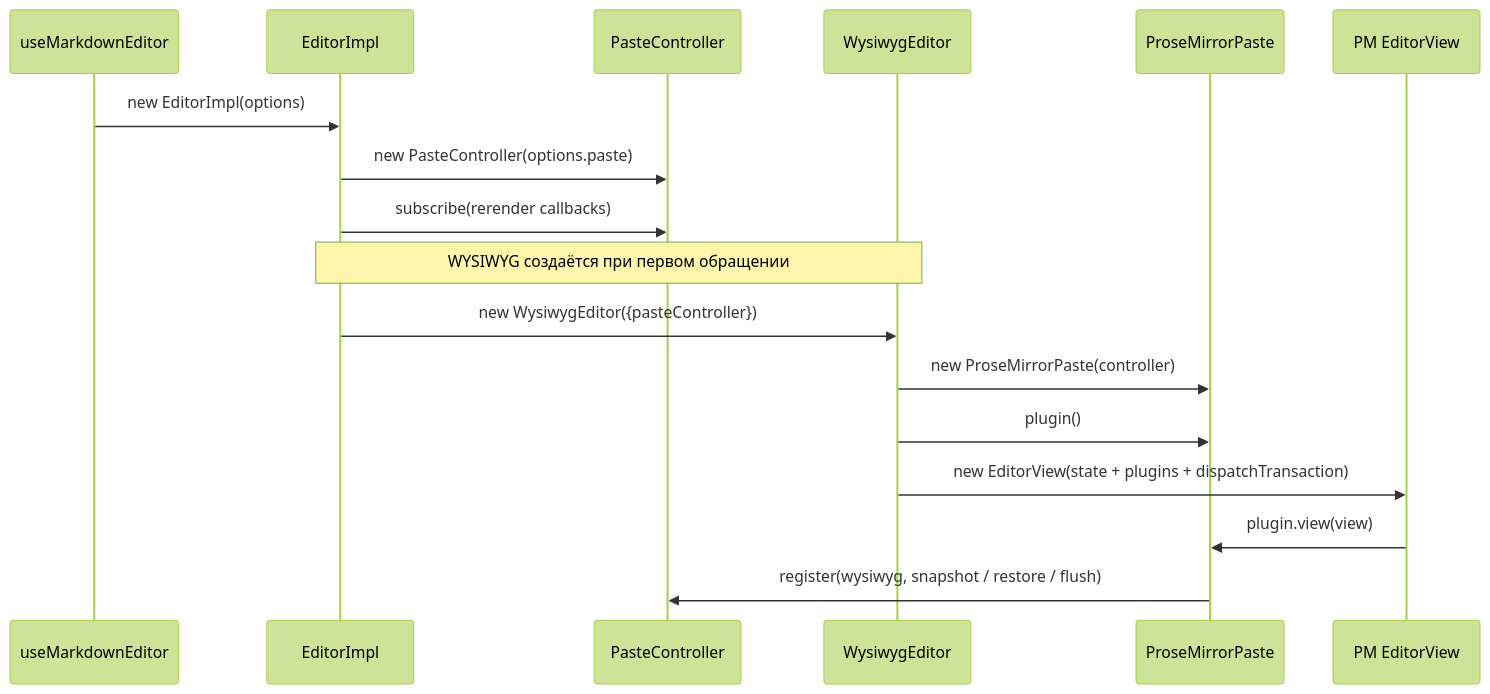
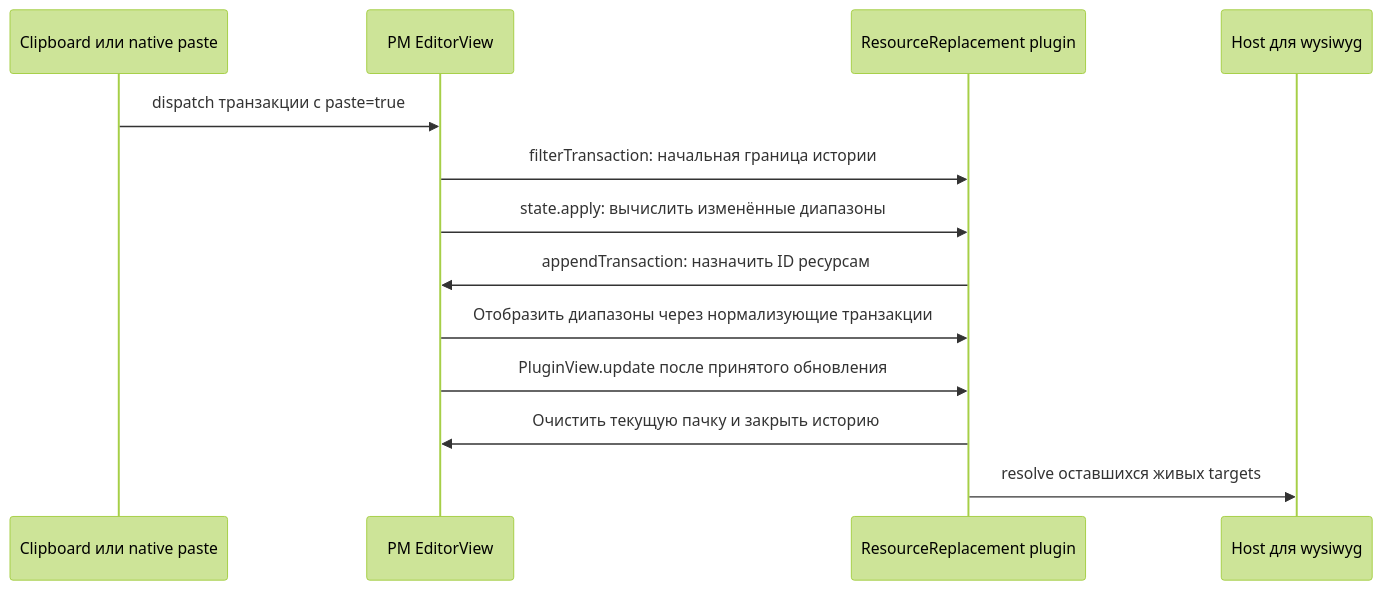
Before and after one commit to gravity-ui/markdown-editor: the second of 6 diagrams in docs/pasted-resources-architecture.md, drawn with Mermaid (forest theme). The commit also changed other lines of this file and 63 other files, not shown here.

Commit message:
refactor: extract configurable resource replacement extensions

````diff
--- a/docs/pasted-resources-architecture.md
+++ b/docs/pasted-resources-architecture.md
@@ -125,19 +469,15 @@
 ```mermaid
 sequenceDiagram
-    participant H as useMarkdownEditor
-    participant B as EditorImpl
-    participant C as PasteController
-    participant W as WysiwygEditor
-    participant P as ProseMirrorPaste
+    participant H as Clipboard или native paste
     participant V as PM EditorView
-    H->>B: new EditorImpl(options)
-    B->>C: new PasteController(options.paste)
-    B->>C: subscribe(rerender callbacks)
-    Note over B,W: WYSIWYG создаётся при первом обращении
-    B->>W: new WysiwygEditor({pasteController})
-    W->>P: new ProseMirrorPaste(controller)
-    W->>P: plugin()
-    W->>V: new EditorView(state + plugins + dispatchTransaction)
-    V->>P: plugin.view(view)
-    P->>C: register(wysiwyg, snapshot / restore / flush)
+    participant P as ResourceReplacement plugin
+    participant Host as Host для wysiwyg
+    H->>V: dispatch транзакции с paste=true
+    V->>P: filterTransaction: начальная граница истории
+    V->>P: state.apply: вычислить изменённые диапазоны
+    P->>V: appendTransaction: назначить ID ресурсам
+    V->>P: Отобразить диапазоны через нормализующие транзакции
+    V->>P: PluginView.update после принятого обновления
+    P->>V: Очистить текущую пачку и закрыть историю
+    P->>Host: resolve оставшихся живых targets
 ```
````
